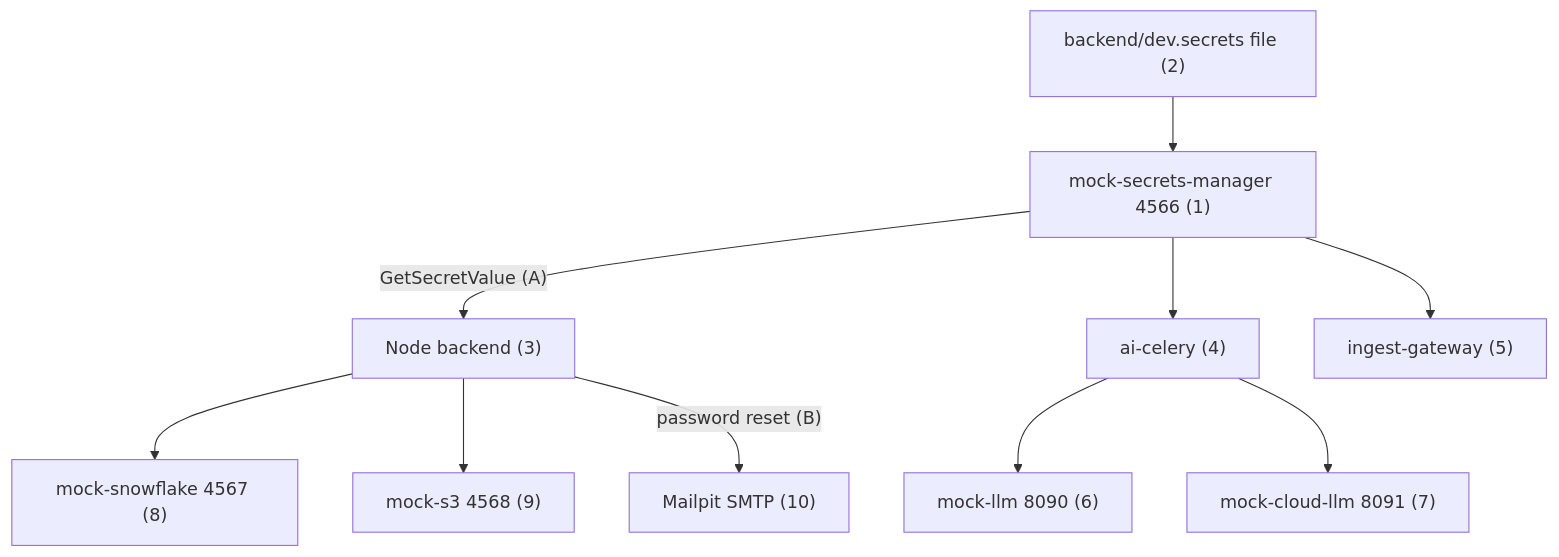
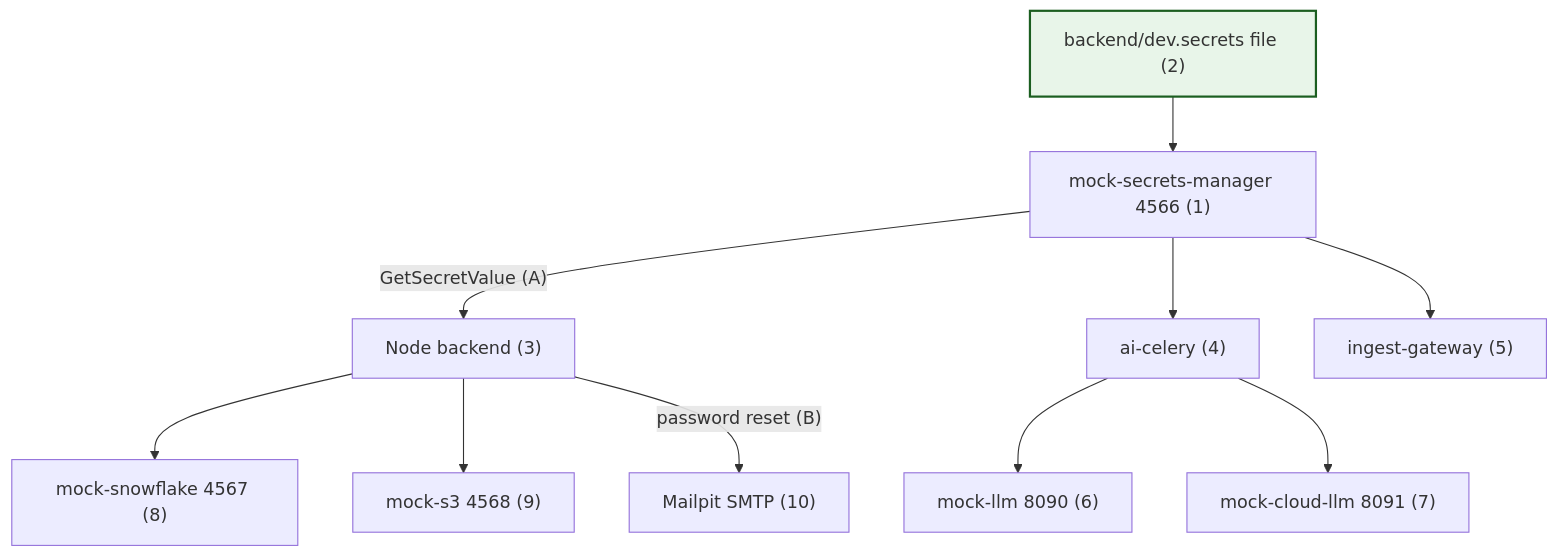
The diagram in docs/diagrams/system-flow-06-dev-mocks.mmd (OferElboher/suspicious-email-triage), drawn with Mermaid before and after one commit. The commit also changed 20 other files, not shown here.

First line of the commit message:
Fix Django admin login, graph export, and analytics axis labels.

```diff
--- a/docs/diagrams/system-flow-06-dev-mocks.mmd
+++ b/docs/diagrams/system-flow-06-dev-mocks.mmd
@@ -1,21 +1,25 @@
 flowchart TB
+  classDef flowEntry fill:#e8f5e9,stroke:#1b5e20,stroke-width:2px
+
   SEC["mock-secrets-manager 4566 (1)"]
   DEV["backend/dev.secrets file (2)"]
   N["Node backend (3)"]
   PY["ai-celery (4)"]
   GW["ingest-gateway (5)"]
   MLLM["mock-llm 8090 (6)"]
   MCL["mock-cloud-llm 8091 (7)"]
   MSF["mock-snowflake 4567 (8)"]
   MS3["mock-s3 4568 (9)"]
   MP["Mailpit SMTP (10)"]
 
   DEV --> SEC
   SEC -->|"GetSecretValue (A)"| N
   SEC --> PY
   SEC --> GW
   PY --> MLLM
   PY --> MCL
   N --> MSF
   N --> MS3
   N -->|"password reset (B)"| MP
+
+  class DEV flowEntry
```
